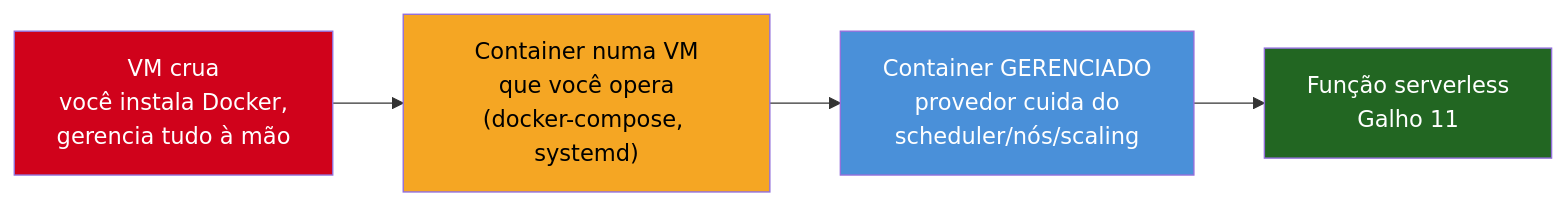
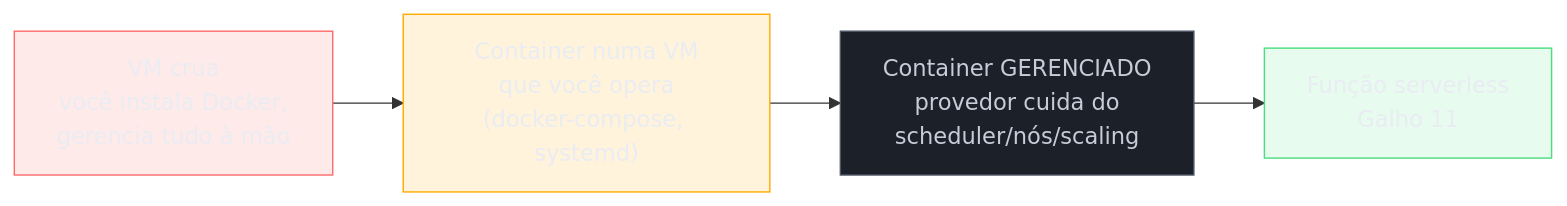
Before and after one commit to josenaldo/codex-technomanticus: the second of 3 diagrams in 03-Dominios/Tecnologia/Cloud/12 - Containers gerenciados/01 - O que é um container gerenciado.md, drawn with Mermaid. The commit also changed other lines of this file and 1181 other files, not shown here.

First line of the commit message:
fix(diagramas): paleta do sistema no lugar de cor cravada no markdown

````diff
--- a/03-Dominios/Tecnologia/Cloud/12 - Containers gerenciados/01 - O que é um container gerenciado.md
+++ b/03-Dominios/Tecnologia/Cloud/12 - Containers gerenciados/01 - O que é um container gerenciado.md
@@ -98,14 +98,18 @@
 ```mermaid
 flowchart LR
+    classDef falha fill:#FF6B6B24,stroke:#FF6B6B,color:#E9ECF2
+    classDef destaque fill:#FFAA0024,stroke:#FFAA00,color:#E9ECF2
+    classDef neutro fill:#1B2029,stroke:#4E5666,color:#C6CCD8
+    classDef ok fill:#4ADE8021,stroke:#4ADE80,color:#E9ECF2
     VM["VM crua<br/>você instala Docker,<br/>gerencia tudo à mão"]
     VMOp["Container numa VM<br/>que você opera<br/>(docker-compose, systemd)"]
     Gerenciado["Container GERENCIADO<br/>provedor cuida do<br/>scheduler/nós/scaling"]
     Serverless["Função serverless<br/>Galho 11"]
 
     VM --> VMOp --> Gerenciado --> Serverless
 
-    style VM fill:#D0021B,color:#fff
-    style VMOp fill:#F5A623,color:#000
-    style Gerenciado fill:#4A90D9,color:#fff
-    style Serverless fill:#262,color:#fff
+    class VM falha
+    class VMOp destaque
+    class Gerenciado neutro
+    class Serverless ok
 ```
````
